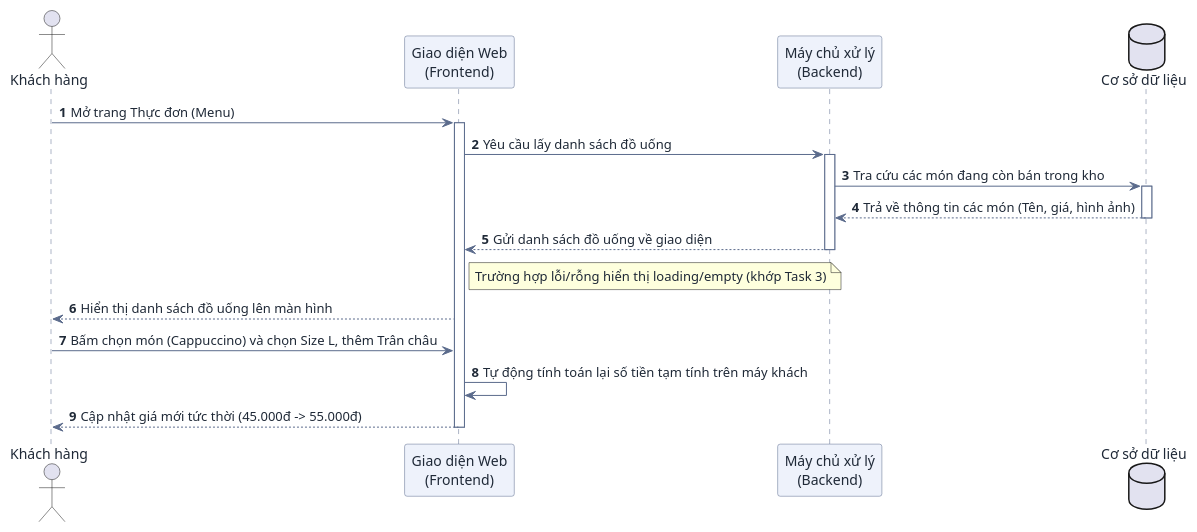
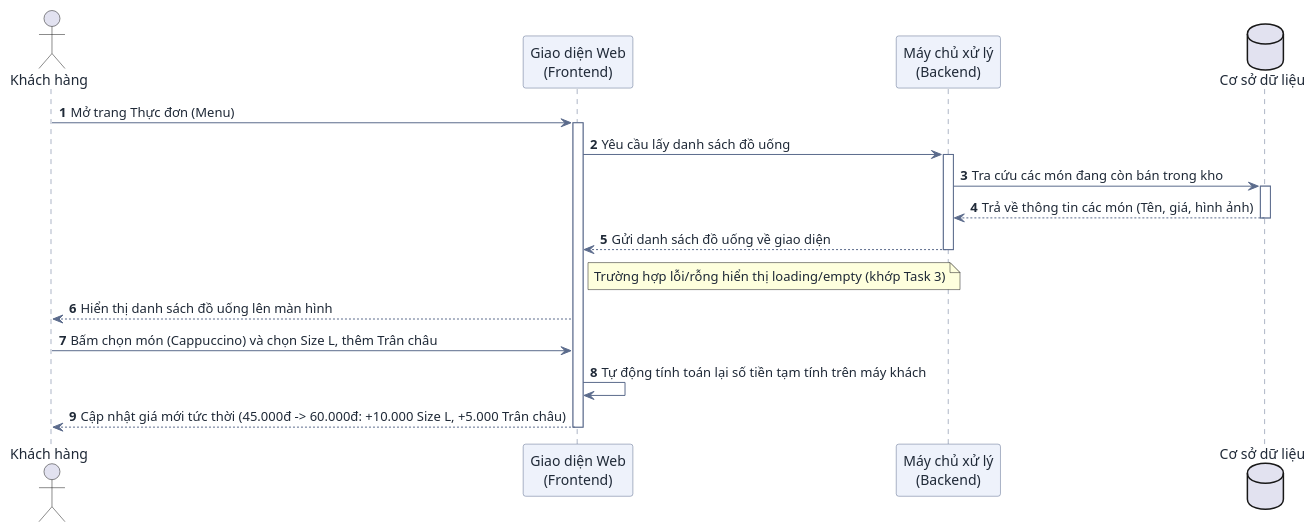
The first of 6 diagrams in docs/user-sequence-specifications.md (DuVinhLoi/BrewLite), drawn with PlantUML before and after one commit. The commit also changed other lines of this file, not shown here.

Commit message:
docs: sync sequence spec with implementation (names, retry flow, compensate)

````diff
--- a/docs/user-sequence-specifications.md
+++ b/docs/user-sequence-specifications.md
@@ -81,36 +81,36 @@
 ```plantuml
 @startuml
 skinparam DefaultFontColor #1f2937
 skinparam ArrowColor #5b6b8c
 skinparam SequenceParticipantBackgroundColor #eef2fb
 skinparam SequenceParticipantBorderColor #5b6b8c
 skinparam SequenceLifeLineBorderColor #5b6b8c
 
 autonumber
 actor "Khách hàng" as User
 participant "Giao diện Web\n(Frontend)" as FE
 participant "Máy chủ xử lý\n(Backend)" as BE
 database "Cơ sở dữ liệu" as DB
 
 User -> FE : Mở trang Thực đơn (Menu)
 activate FE
 
 FE -> BE : Yêu cầu lấy danh sách đồ uống
 activate BE
 
 BE -> DB : Tra cứu các món đang còn bán trong kho
 activate DB
 DB --> BE : Trả về thông tin các món (Tên, giá, hình ảnh)
 deactivate DB
 
 BE --> FE : Gửi danh sách đồ uống về giao diện
 note right of FE : Trường hợp lỗi/rỗng hiển thị loading/empty (khớp Task 3)
 deactivate BE
 
 FE --> User : Hiển thị danh sách đồ uống lên màn hình
 User -> FE : Bấm chọn món (Cappuccino) và chọn Size L, thêm Trân châu
 FE -> FE : Tự động tính toán lại số tiền tạm tính trên máy khách
-FE --> User : Cập nhật giá mới tức thời (45.000đ -> 55.000đ)
+FE --> User : Cập nhật giá mới tức thời (45.000đ -> 60.000đ: +10.000 Size L, +5.000 Trân châu)
 deactivate FE
 @enduml
 ```
````
